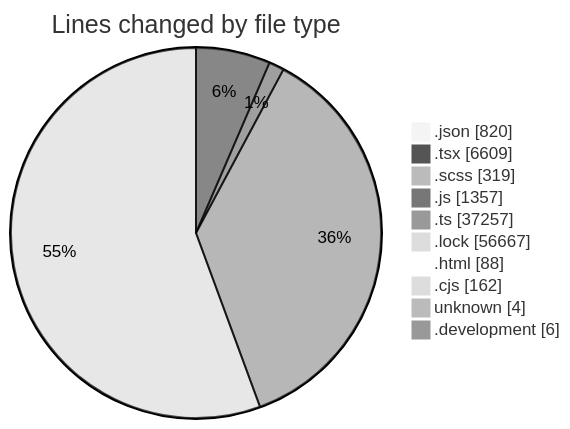
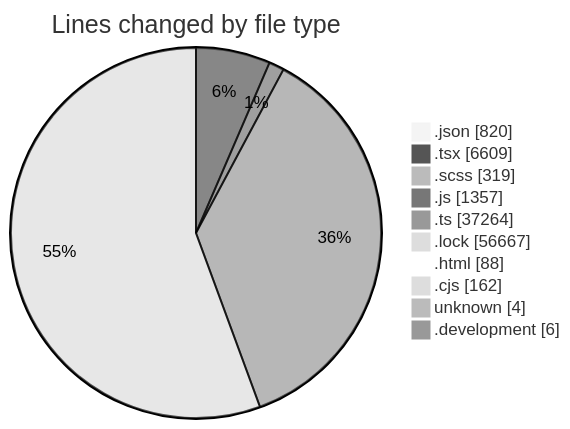
The first of 2 diagrams in 2026-09-03/cda/README.md (momahboobian/code-tracking), drawn with Mermaid (neutral theme) before and after one commit. The commit also changed other lines of this file and 1 other file, not shown here.

````diff
--- a/2026-09-03/cda/README.md
+++ b/2026-09-03/cda/README.md
@@ -98,14 +98,14 @@
 ```mermaid
 pie showData
 title Lines changed by file type
 ".json" : 820
 ".tsx" : 6609
 ".scss" : 319
 ".js" : 1357
-".ts" : 37257
+".ts" : 37264
 ".lock" : 56667
 ".html" : 88
 ".cjs" : 162
 "unknown" : 4
 ".development" : 6
 ```
````
